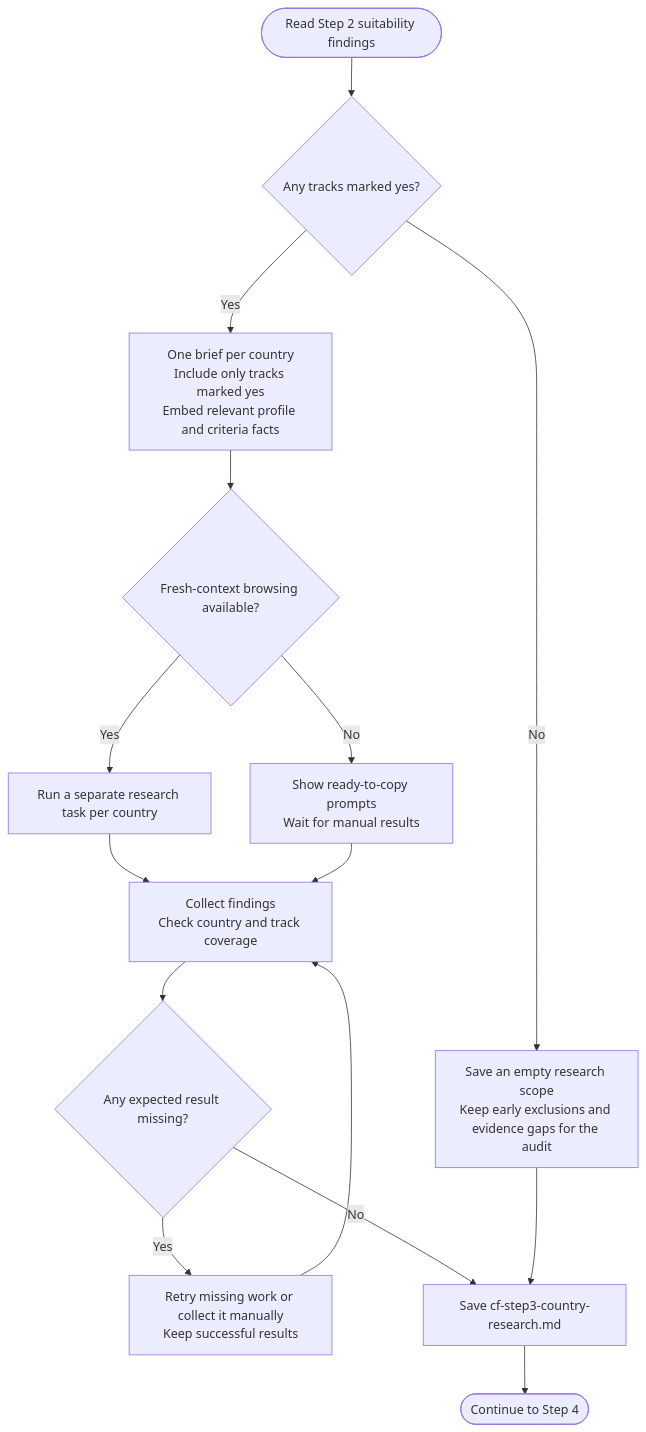
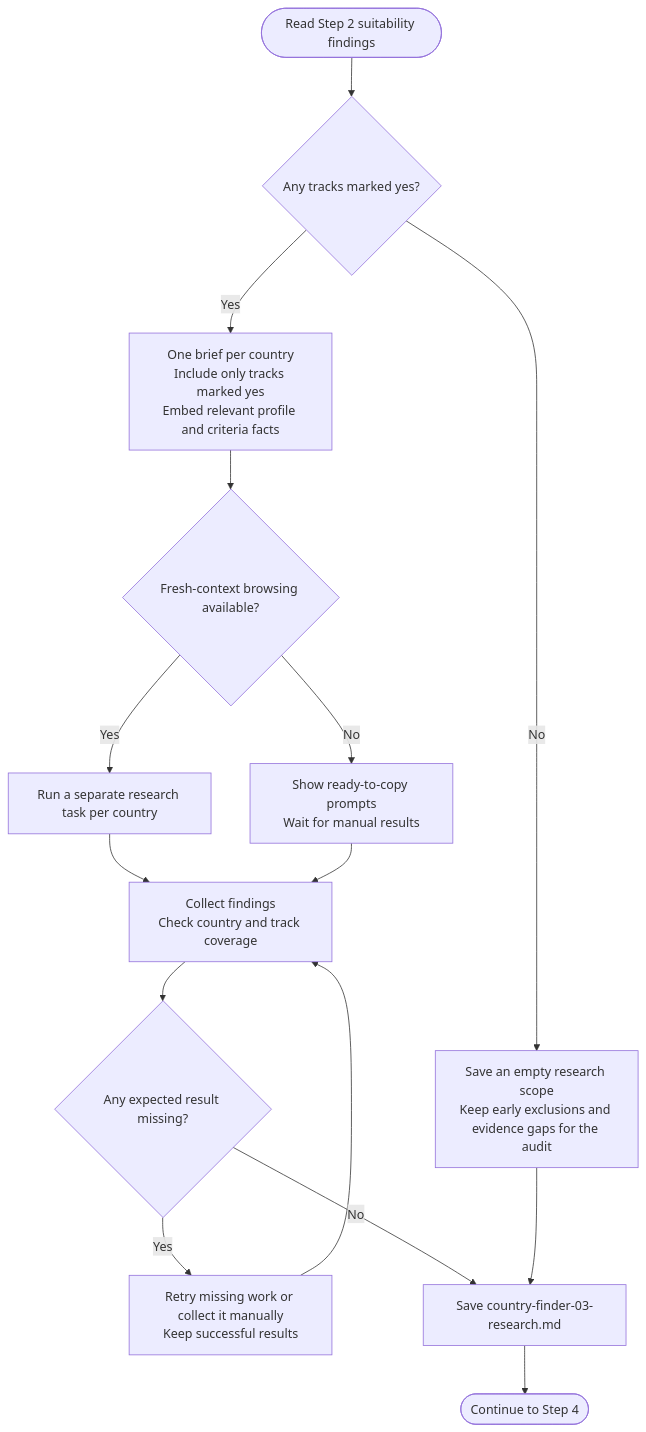
The diagram in docs/commands/country-finder/step3-research-prompt-generator.md (myowinthein/agent-compass), drawn with Mermaid before and after one commit. The commit also changed other lines of this file and 44 other files, not shown here.

````diff
--- a/docs/commands/country-finder/step3-research-prompt-generator.md
+++ b/docs/commands/country-finder/step3-research-prompt-generator.md
@@ -14,17 +14,17 @@
 ```mermaid
 flowchart TD
   Start(["Read Step 2 suitability findings"]) --> Eligible{"Any tracks marked yes?"}
   Eligible -->|No| Empty["Save an empty research scope<br/>Keep early exclusions and evidence gaps for the audit"]
   Eligible -->|Yes| Brief["One brief per country<br/>Include only tracks marked yes<br/>Embed relevant profile and criteria facts"]
   Brief --> Cap{"Fresh-context browsing available?"}
   Cap -->|Yes| Tasks["Run a separate research task per country"]
   Cap -->|No| Manual["Show ready-to-copy prompts<br/>Wait for manual results"]
   Tasks --> Collect["Collect findings<br/>Check country and track coverage"]
   Manual --> Collect
   Collect --> Missing{"Any expected result missing?"}
   Missing -->|Yes| Resolve["Retry missing work or collect it manually<br/>Keep successful results"]
   Resolve --> Collect
-  Missing -->|No| Save["Save cf-step3-country-research.md"]
+  Missing -->|No| Save["Save country-finder-03-research.md"]
   Empty --> Save
   Save --> Next(["Continue to Step 4"])
 ```
````
